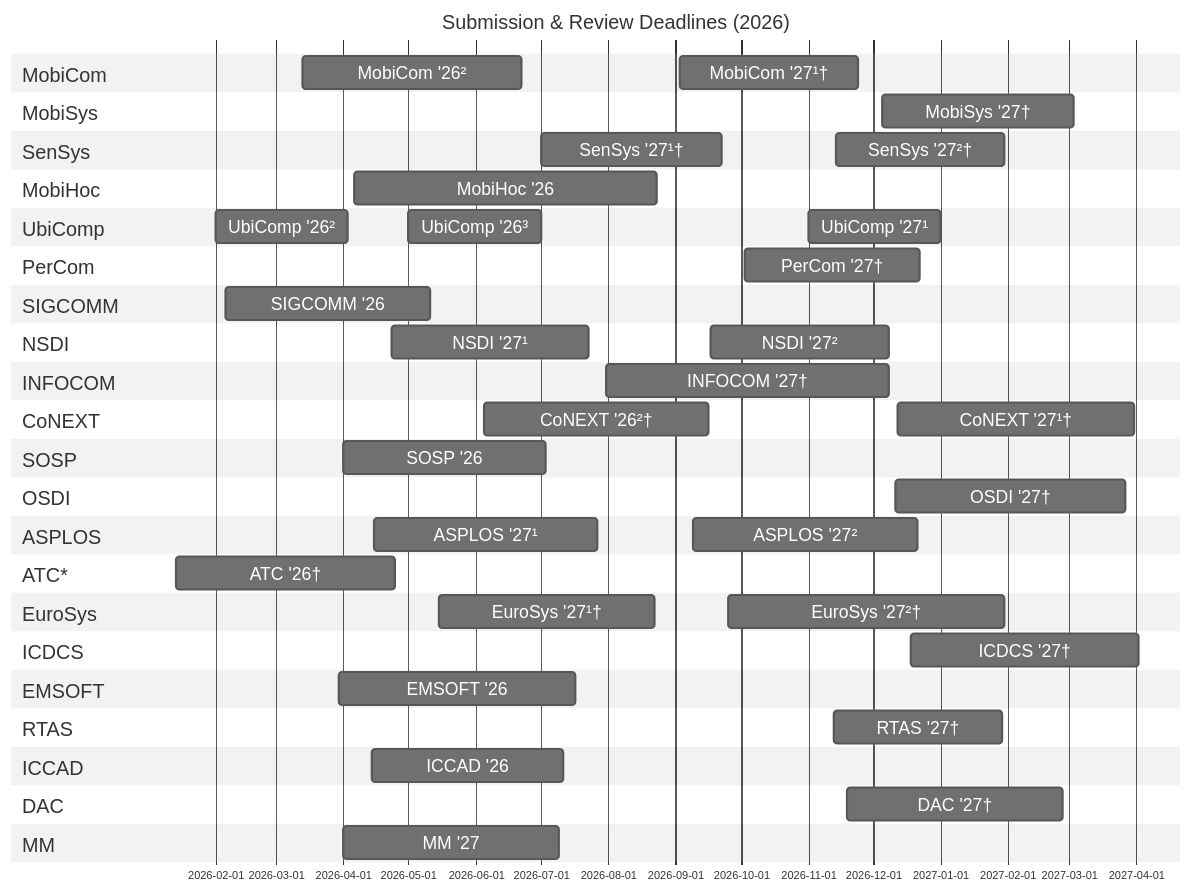
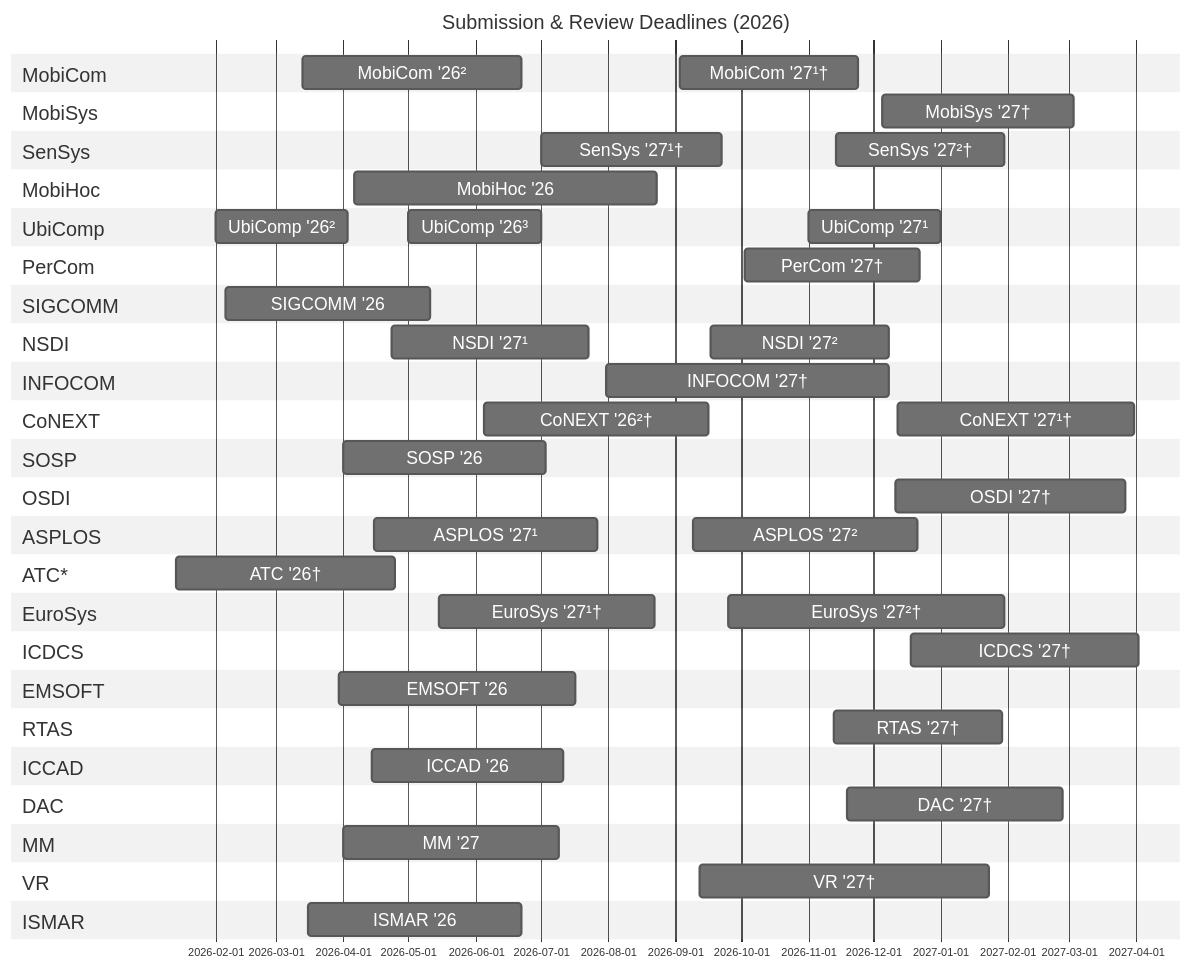
Before and after one commit to iamseonghoon/Mobile-Systems-Conference-Deadlines: the diagram in README.md, drawn with Mermaid.

Commit message:
Update README with VR and ISMAR sections
Added sections for VR and ISMAR events in the README.

````diff
--- a/README.md
+++ b/README.md
@@ -106,4 +106,10 @@
     %% --------------------------
     section MM
     MM '27 :mm27-review, 2026-04-01, 99d
+
+   section VR
+   VR '27† :vr27-review, 2026-09-12, 133d
+
+   section ISMAR
+   ISMAR '26 :ismar26-review, 2026-03-16, 98d
 ```
````
